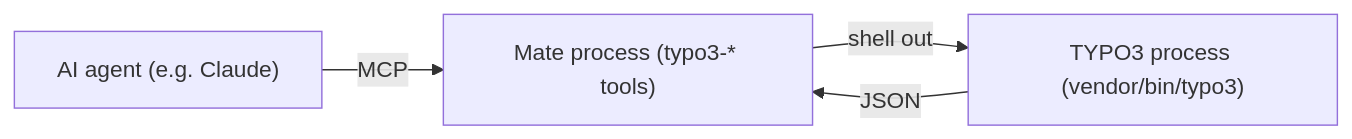
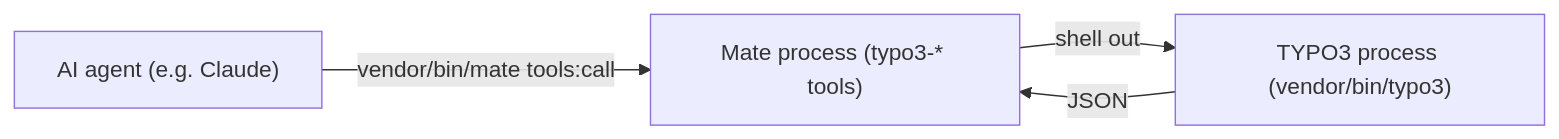
The diagram in README.md (konradmichalik/typo3-ai-mate), drawn with Mermaid before and after one commit. The commit also changed other lines of this file and 78 other files, not shown here.

````diff
--- a/README.md
+++ b/README.md
@@ -97,6 +80,6 @@
 ```mermaid
 flowchart LR
-    A["AI agent (e.g. Claude)"] -->|MCP| B["Mate process (typo3-* tools)"]
+    A["AI agent (e.g. Claude)"] -->|"vendor/bin/mate tools:call"| B["Mate process (typo3-* tools)"]
     B -->|shell out| C["TYPO3 process (vendor/bin/typo3)"]
     C -->|JSON| B
 ```
````
